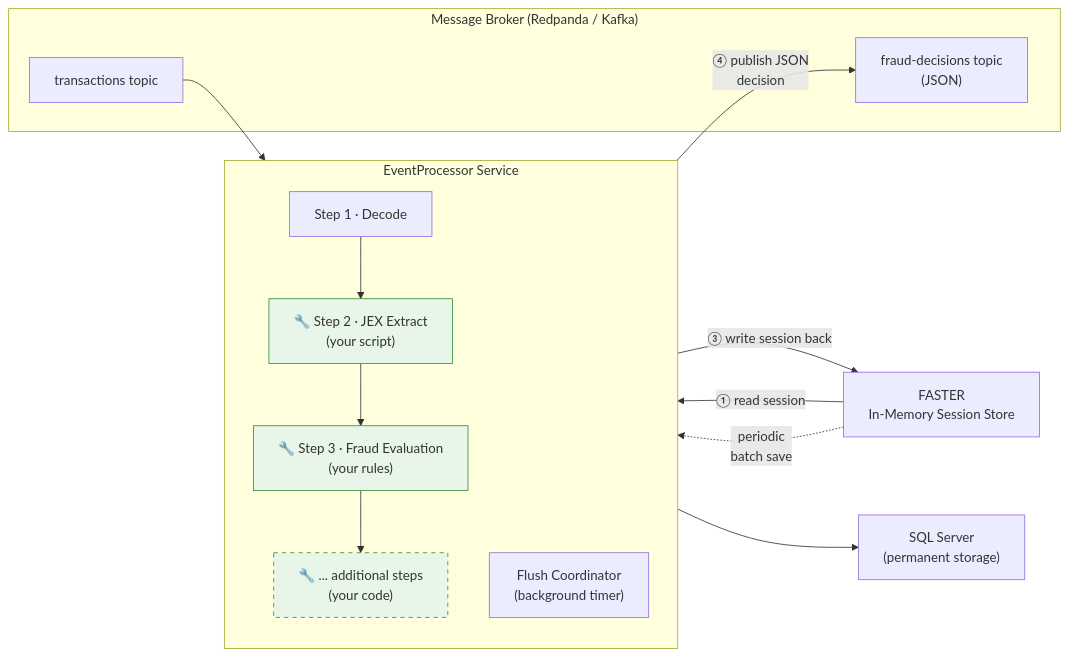
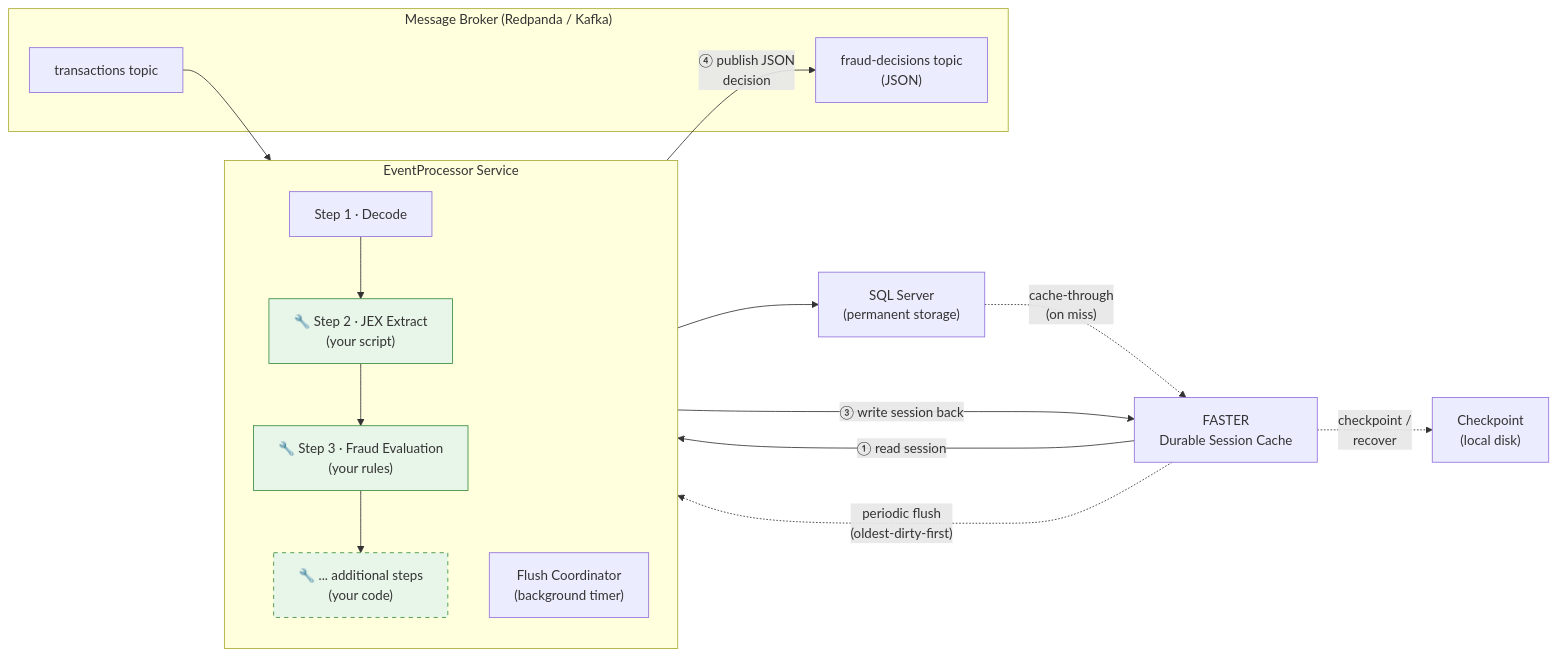
Before and after one commit to koreforger/EventProcessor: the diagram in doc/CAPABILITIES.md, drawn with Mermaid. The commit also changed other lines of this file and 12 other files, not shown here.

First line of the commit message:
feat(session): durable FASTER with checkpoint/recover, cache-through, time-slabbed archival

````diff
--- a/doc/CAPABILITIES.md
+++ b/doc/CAPABILITIES.md
@@ -13,32 +13,35 @@
 ```mermaid
 flowchart LR
     subgraph "Message Broker (Redpanda / Kafka)"
         IN["transactions topic"]
         OUT["fraud-decisions topic\n(JSON)"]
     end
 
     subgraph "EventProcessor Service"
         direction TB
         DECODE["Step 1 · Decode"]
         JEX["🔧 Step 2 · JEX Extract\n(your script)"]
         EVAL["🔧 Step 3 · Fraud Evaluation\n(your rules)"]
         CUSTOM["🔧 ... additional steps\n(your code)"]
         FLUSH["Flush Coordinator\n(background timer)"]
     end
 
-    FASTER["FASTER\nIn-Memory Session Store"]
+    FASTER["FASTER\nDurable Session Cache"]
+    DISK["Checkpoint\n(local disk)"]
     SQL["SQL Server\n(permanent storage)"]
 
     IN --> DECODE --> JEX --> EVAL --> CUSTOM
 
     FASTER -- "① read session" --> EVAL
     EVAL -- "③ write session back" --> FASTER
 
     EVAL -- "④ publish JSON\ndecision" --> OUT
-    FASTER -. "periodic\nbatch save" .-> FLUSH
+    FASTER -. "periodic flush\n(oldest-dirty-first)" .-> FLUSH
     FLUSH --> SQL
+    SQL -. "cache-through\n(on miss)" .-> FASTER
+    FASTER -. "checkpoint /\nrecover" .-> DISK
 
     style JEX fill:#e8f5e9,stroke:#388e3c
     style EVAL fill:#e8f5e9,stroke:#388e3c
     style CUSTOM fill:#e8f5e9,stroke:#388e3c,stroke-dasharray: 5 5
 ```
````
